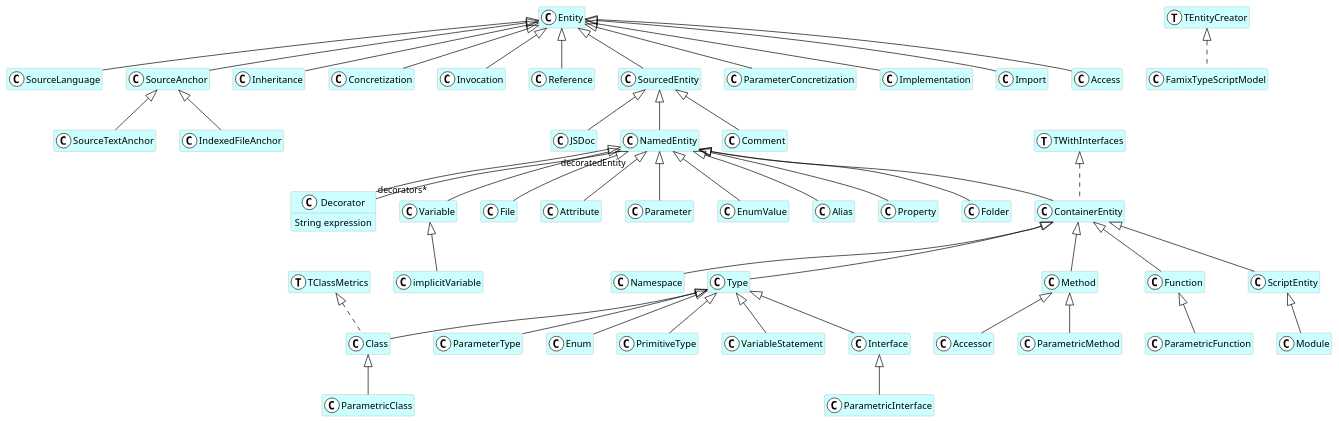
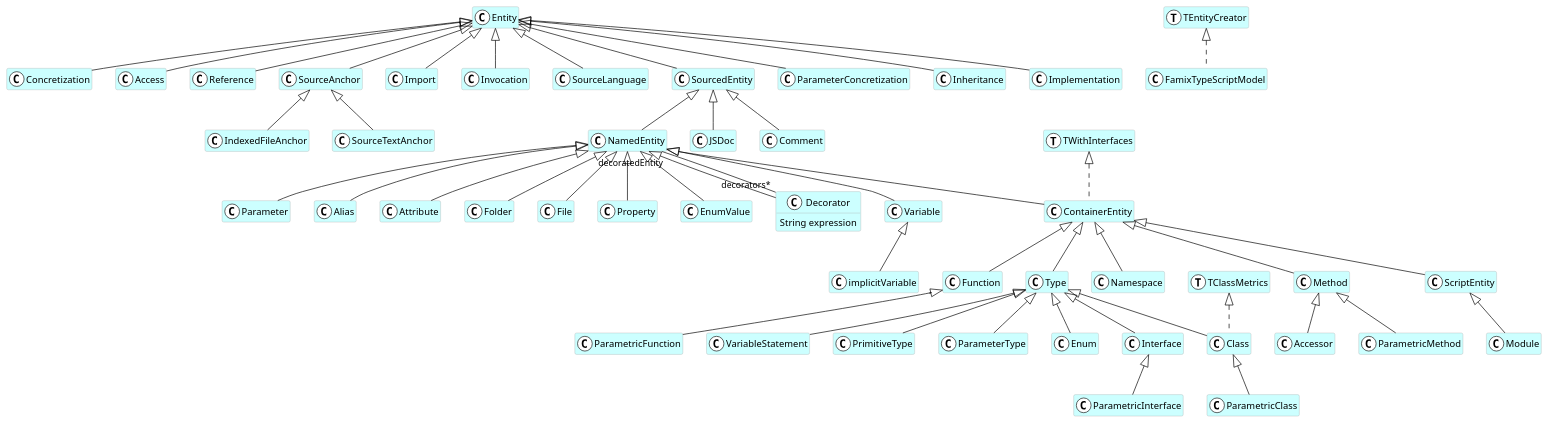
The diagram in doc-uml/FamixTypeScript.puml (fuhrmanator/FamixTypeScript), drawn with PlantUML before and after one commit. The commit also changed other lines of this file and 3 other files, not shown here.

```diff
--- a/doc-uml/FamixTypeScript.puml
+++ b/doc-uml/FamixTypeScript.puml
@@ -1,155 +1,155 @@
 @startuml
 hide empty members
 skinparam class {
   BackgroundColor white
   ArrowColor black
   BorderColor darkGray
 }
-class Namespace <<(C,white)>> #CCFFFF {
+class Concretization <<(C,white)>> #CCFFFF {
 }
-class SourceTextAnchor <<(C,white)>> #CCFFFF {
+class TWithInterfaces <<(T,white)>> #CCFFFF {
 }
-class Class <<(C,white)>> #CCFFFF {
+class Access <<(C,white)>> #CCFFFF {
+}
+class Reference <<(C,white)>> #CCFFFF {
+}
+class Method <<(C,white)>> #CCFFFF {
+}
+class IndexedFileAnchor <<(C,white)>> #CCFFFF {
+}
+class Module <<(C,white)>> #CCFFFF {
+}
+class Enum <<(C,white)>> #CCFFFF {
+}
+class Interface <<(C,white)>> #CCFFFF {
+}
+class FamixTypeScriptModel <<(C,white)>> #CCFFFF {
 }
 class Decorator <<(C,white)>> #CCFFFF {
   String expression
 }
-class ParameterType <<(C,white)>> #CCFFFF {
+class NamedEntity <<(C,white)>> #CCFFFF {
 }
-class Variable <<(C,white)>> #CCFFFF {
+class implicitVariable <<(C,white)>> #CCFFFF {
+}
+class ScriptEntity <<(C,white)>> #CCFFFF {
+}
+class ParametricClass <<(C,white)>> #CCFFFF {
+}
+class Function <<(C,white)>> #CCFFFF {
+}
+class TClassMetrics <<(T,white)>> #CCFFFF {
+}
+class Parameter <<(C,white)>> #CCFFFF {
+}
+class JSDoc <<(C,white)>> #CCFFFF {
+}
+class Alias <<(C,white)>> #CCFFFF {
+}
+class SourceAnchor <<(C,white)>> #CCFFFF {
+}
+class Attribute <<(C,white)>> #CCFFFF {
+}
+class ParametricInterface <<(C,white)>> #CCFFFF {
+}
+class Folder <<(C,white)>> #CCFFFF {
+}
+class ContainerEntity <<(C,white)>> #CCFFFF {
 }
 class File <<(C,white)>> #CCFFFF {
 }
-class JSDoc <<(C,white)>> #CCFFFF {
+class Class <<(C,white)>> #CCFFFF {
 }
-class ParametricInterface <<(C,white)>> #CCFFFF {
+class Type <<(C,white)>> #CCFFFF {
+}
+class ParametricMethod <<(C,white)>> #CCFFFF {
+}
+class Import <<(C,white)>> #CCFFFF {
 }
 class ParametricFunction <<(C,white)>> #CCFFFF {
 }
-class SourceLanguage <<(C,white)>> #CCFFFF {
+class Property <<(C,white)>> #CCFFFF {
 }
-class Attribute <<(C,white)>> #CCFFFF {
-}
-class Type <<(C,white)>> #CCFFFF {
-}
-class SourceAnchor <<(C,white)>> #CCFFFF {
-}
-class Inheritance <<(C,white)>> #CCFFFF {
+class Invocation <<(C,white)>> #CCFFFF {
 }
 class Entity <<(C,white)>> #CCFFFF {
 }
-class IndexedFileAnchor <<(C,white)>> #CCFFFF {
-}
-class Concretization <<(C,white)>> #CCFFFF {
-}
-class Module <<(C,white)>> #CCFFFF {
-}
-class NamedEntity <<(C,white)>> #CCFFFF {
-}
-class ContainerEntity <<(C,white)>> #CCFFFF {
-}
 class Accessor <<(C,white)>> #CCFFFF {
 }
-class Invocation <<(C,white)>> #CCFFFF {
+class VariableStatement <<(C,white)>> #CCFFFF {
 }
-class Reference <<(C,white)>> #CCFFFF {
+class PrimitiveType <<(C,white)>> #CCFFFF {
 }
-class Parameter <<(C,white)>> #CCFFFF {
+class Comment <<(C,white)>> #CCFFFF {
+}
+class SourceLanguage <<(C,white)>> #CCFFFF {
+}
+class EnumValue <<(C,white)>> #CCFFFF {
 }
 class SourcedEntity <<(C,white)>> #CCFFFF {
 }
 class ParameterConcretization <<(C,white)>> #CCFFFF {
 }
-class Implementation <<(C,white)>> #CCFFFF {
+class Inheritance <<(C,white)>> #CCFFFF {
 }
 class TEntityCreator <<(T,white)>> #CCFFFF {
 }
-class FamixTypeScriptModel <<(C,white)>> #CCFFFF {
+class Implementation <<(C,white)>> #CCFFFF {
 }
-class Import <<(C,white)>> #CCFFFF {
+class SourceTextAnchor <<(C,white)>> #CCFFFF {
 }
-class TClassMetrics <<(T,white)>> #CCFFFF {
+class Variable <<(C,white)>> #CCFFFF {
 }
-class EnumValue <<(C,white)>> #CCFFFF {
+class ParameterType <<(C,white)>> #CCFFFF {
 }
-class Access <<(C,white)>> #CCFFFF {
+class Namespace <<(C,white)>> #CCFFFF {
 }
-class Method <<(C,white)>> #CCFFFF {
-}
-class Enum <<(C,white)>> #CCFFFF {
-}
-class Function <<(C,white)>> #CCFFFF {
-}
-class Alias <<(C,white)>> #CCFFFF {
-}
-class Comment <<(C,white)>> #CCFFFF {
-}
-class PrimitiveType <<(C,white)>> #CCFFFF {
-}
-class TWithInterfaces <<(T,white)>> #CCFFFF {
-}
-class ParametricClass <<(C,white)>> #CCFFFF {
-}
-class implicitVariable <<(C,white)>> #CCFFFF {
-}
-class ParametricMethod <<(C,white)>> #CCFFFF {
-}
-class Property <<(C,white)>> #CCFFFF {
-}
-class VariableStatement <<(C,white)>> #CCFFFF {
-}
-class Folder <<(C,white)>> #CCFFFF {
-}
-class ScriptEntity <<(C,white)>> #CCFFFF {
-}
-class Interface <<(C,white)>> #CCFFFF {
-}
+Entity <|-- Concretization
+Entity <|-- Reference
+ContainerEntity <|-- Method
+Entity <|-- Access
+SourceAnchor <|-- IndexedFileAnchor
+ScriptEntity <|-- Module
+Type <|-- Enum
+Type <|-- Interface
+NamedEntity <|-- Decorator
+SourcedEntity <|-- NamedEntity
+Variable <|-- implicitVariable
+ContainerEntity <|-- ScriptEntity
+Class <|-- ParametricClass
+ContainerEntity <|-- Function
+NamedEntity <|-- Parameter
+SourcedEntity <|-- JSDoc
+NamedEntity <|-- Alias
+Entity <|-- SourceAnchor
+NamedEntity <|-- Attribute
+Interface <|-- ParametricInterface
+NamedEntity <|-- Folder
+NamedEntity <|-- ContainerEntity
+NamedEntity <|-- File
+Type <|-- Class
+ContainerEntity <|-- Type
+Method <|-- ParametricMethod
+Entity <|-- Import
+Function <|-- ParametricFunction
+NamedEntity <|-- Property
+Entity <|-- Invocation
+Type <|-- VariableStatement
+Method <|-- Accessor
+Type <|-- PrimitiveType
+SourcedEntity <|-- Comment
+Entity <|-- SourceLanguage
+NamedEntity <|-- EnumValue
+Entity <|-- ParameterConcretization
+Entity <|-- SourcedEntity
+Entity <|-- Implementation
 SourceAnchor <|-- SourceTextAnchor
-ContainerEntity <|-- Namespace
-NamedEntity <|-- Decorator
+Entity <|-- Inheritance
 NamedEntity <|-- Variable
 Type <|-- ParameterType
-Type <|-- Class
-NamedEntity <|-- File
-Interface <|-- ParametricInterface
-SourcedEntity <|-- JSDoc
-Function <|-- ParametricFunction
-Entity <|-- SourceLanguage
-NamedEntity <|-- Attribute
-ContainerEntity <|-- Type
-Entity <|-- SourceAnchor
-Entity <|-- Inheritance
-SourceAnchor <|-- IndexedFileAnchor
-Entity <|-- Concretization
-ScriptEntity <|-- Module
-SourcedEntity <|-- NamedEntity
-NamedEntity <|-- ContainerEntity
-Method <|-- Accessor
-Entity <|-- Invocation
-Entity <|-- Reference
-NamedEntity <|-- Parameter
-Entity <|-- SourcedEntity
-Entity <|-- ParameterConcretization
-Entity <|-- Implementation
-Entity <|-- Import
-NamedEntity <|-- EnumValue
-Entity <|-- Access
-ContainerEntity <|-- Method
-Type <|-- Enum
-ContainerEntity <|-- Function
-NamedEntity <|-- Alias
-SourcedEntity <|-- Comment
-Type <|-- PrimitiveType
-Class <|-- ParametricClass
-Variable <|-- implicitVariable
-Method <|-- ParametricMethod
-NamedEntity <|-- Property
-Type <|-- VariableStatement
-NamedEntity <|-- Folder
-ContainerEntity <|-- ScriptEntity
-Type <|-- Interface
+ContainerEntity <|-- Namespace
+TEntityCreator <|.. FamixTypeScriptModel
+TWithInterfaces <|.. ContainerEntity
 TClassMetrics <|.. Class
-TWithInterfaces <|.. ContainerEntity
-TEntityCreator <|.. FamixTypeScriptModel
 Decorator "decorators*" -- "decoratedEntity" NamedEntity
 @enduml
```
